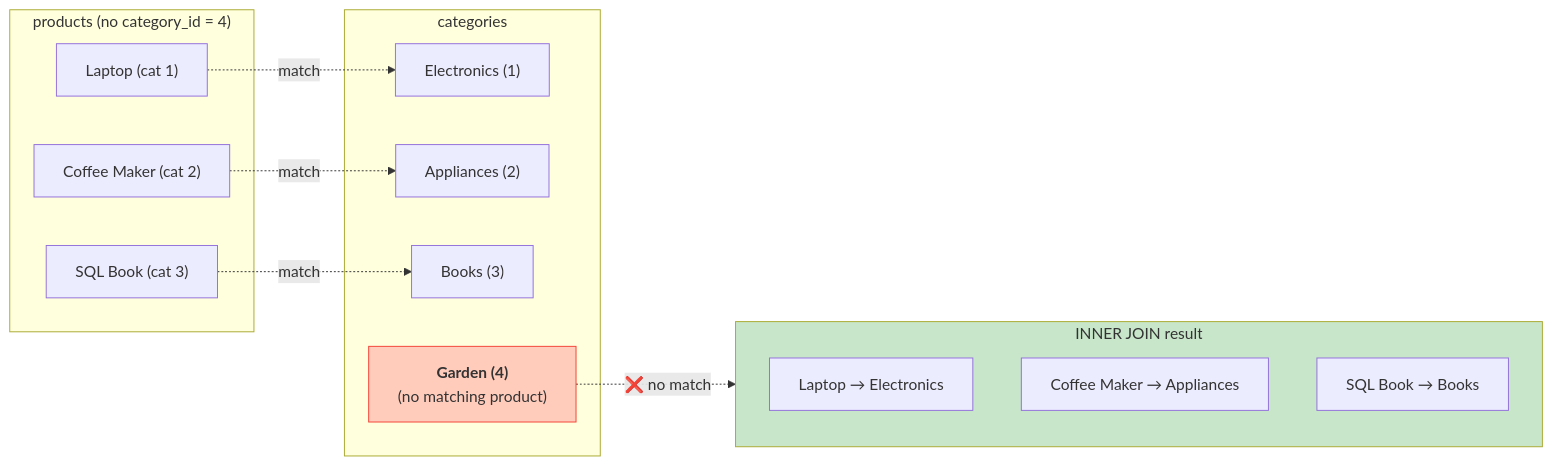
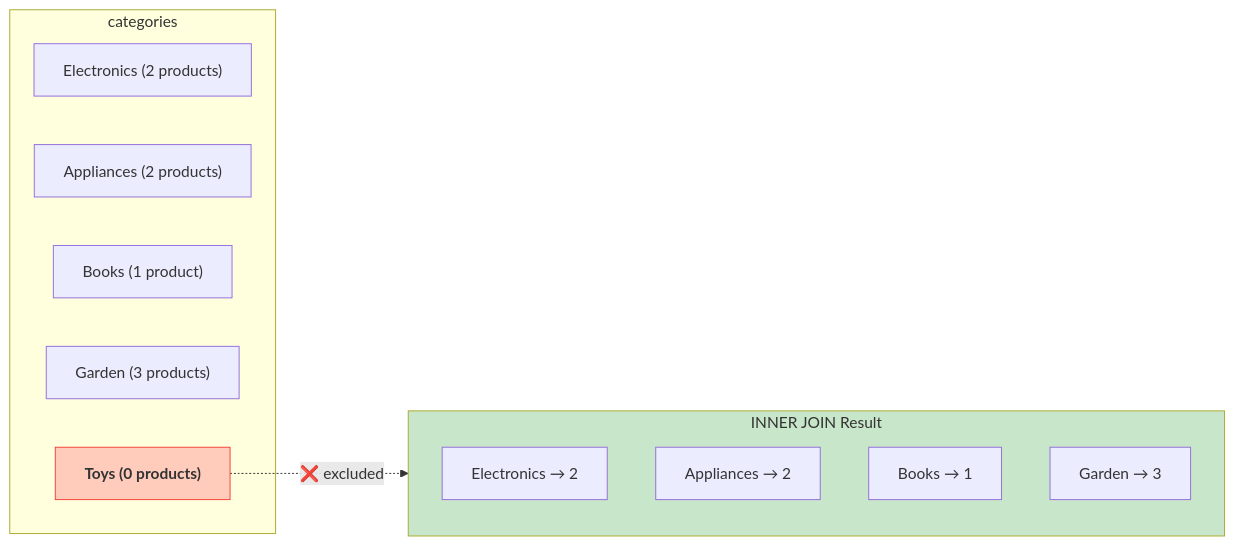
One commit to uniqueumamaheswari-universe/SQLVerse changed the fourth of 5 diagrams in Level-1-beginner/Module4-JoiningTables/1-sqlCommands/2-InnerJoin.md. Above: the diagram before and after it, drawn with Mermaid. The commit also changed other lines of this file and 1 other file, not shown here.

````diff
--- a/Level-1-beginner/Module4-JoiningTables/1-sqlCommands/2-InnerJoin.md
+++ b/Level-1-beginner/Module4-JoiningTables/1-sqlCommands/2-InnerJoin.md
@@ -280,29 +397,22 @@
 ```mermaid
 graph LR
-    subgraph PRODUCTS["products (no category_id = 4)"]
-        P1["Laptop (cat 1)"]
-        P2["Coffee Maker (cat 2)"]
-        P3["SQL Book (cat 3)"]
+    subgraph CATEGORIES["categories"]
+        C1["Electronics (2 products)"]
+        C2["Appliances (2 products)"]
+        C3["Books (1 product)"]
+        C4["Garden (3 products)"]
+        C5["<b>Toys (0 products)</b>"]
     end
 
-    subgraph CATEGORIES["categories"]
-        C1["Electronics (1)"]
-        C2["Appliances (2)"]
-        C3["Books (3)"]
-        C4["<b>Garden (4)</b><br/>(no matching product)"]
+    subgraph RESULT["INNER JOIN Result"]
+        R1["Electronics → 2"]
+        R2["Appliances → 2"]
+        R3["Books → 1"]
+        R4["Garden → 3"]
     end
 
-    subgraph RESULT["INNER JOIN result"]
-        R1["Laptop → Electronics"]
-        R2["Coffee Maker → Appliances"]
-        R3["SQL Book → Books"]
-    end
+    C5 -.->|"❌ excluded"| RESULT
 
-    P1 -.->|"match"| C1
-    P2 -.->|"match"| C2
-    P3 -.->|"match"| C3
-    C4 -.->|"❌ no match"| RESULT
-
-    style C4 fill:#ffccbc,stroke:#f44336
+    style C5 fill:#ffccbc,stroke:#f44336
     style RESULT fill:#c8e6c9
 ```
````
